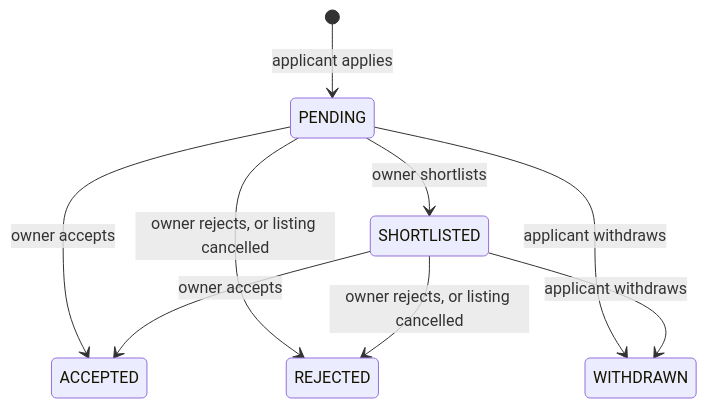
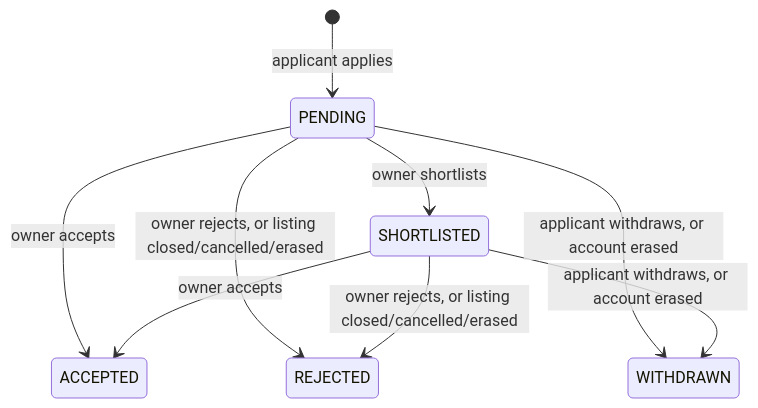
One commit to lellis-group/kineo-nest-backend changed the sixth of 7 diagrams in README.md. Above: the diagram before and after it, drawn with Mermaid. The commit also changed other lines of this file, not shown here.

````diff
--- a/README.md
+++ b/README.md
@@ -253,11 +277,11 @@
 ```mermaid
 stateDiagram-v2
     [*] --> PENDING : applicant applies
     PENDING --> SHORTLISTED : owner shortlists
     PENDING --> ACCEPTED : owner accepts
     SHORTLISTED --> ACCEPTED : owner accepts
-    PENDING --> REJECTED : owner rejects, or listing cancelled
-    SHORTLISTED --> REJECTED : owner rejects, or listing cancelled
-    PENDING --> WITHDRAWN : applicant withdraws
-    SHORTLISTED --> WITHDRAWN : applicant withdraws
+    PENDING --> REJECTED : owner rejects, or listing closed/cancelled/erased
+    SHORTLISTED --> REJECTED : owner rejects, or listing closed/cancelled/erased
+    PENDING --> WITHDRAWN : applicant withdraws, or account erased
+    SHORTLISTED --> WITHDRAWN : applicant withdraws, or account erased
 ```
````
